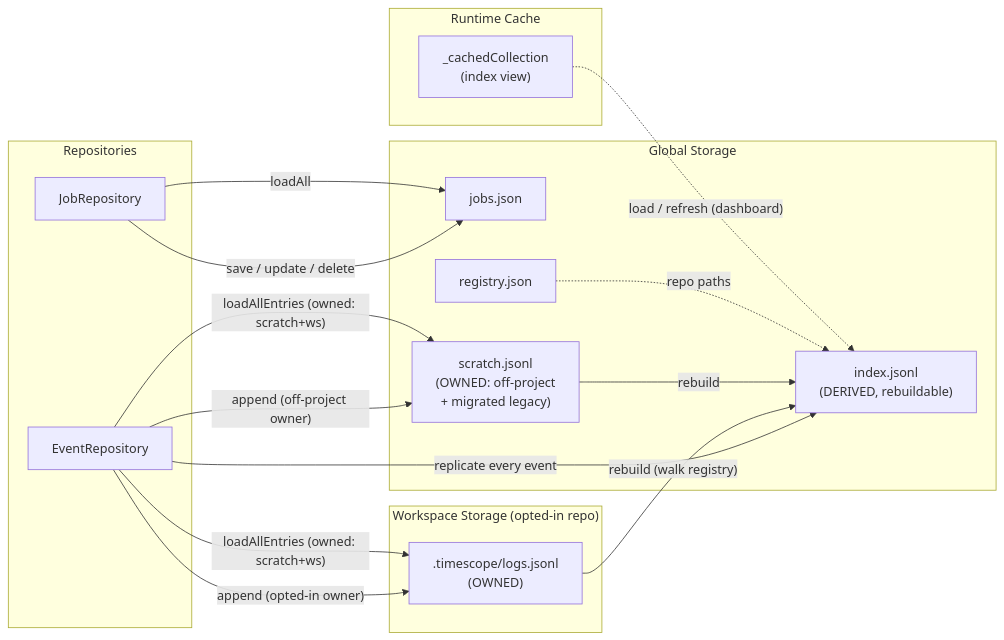
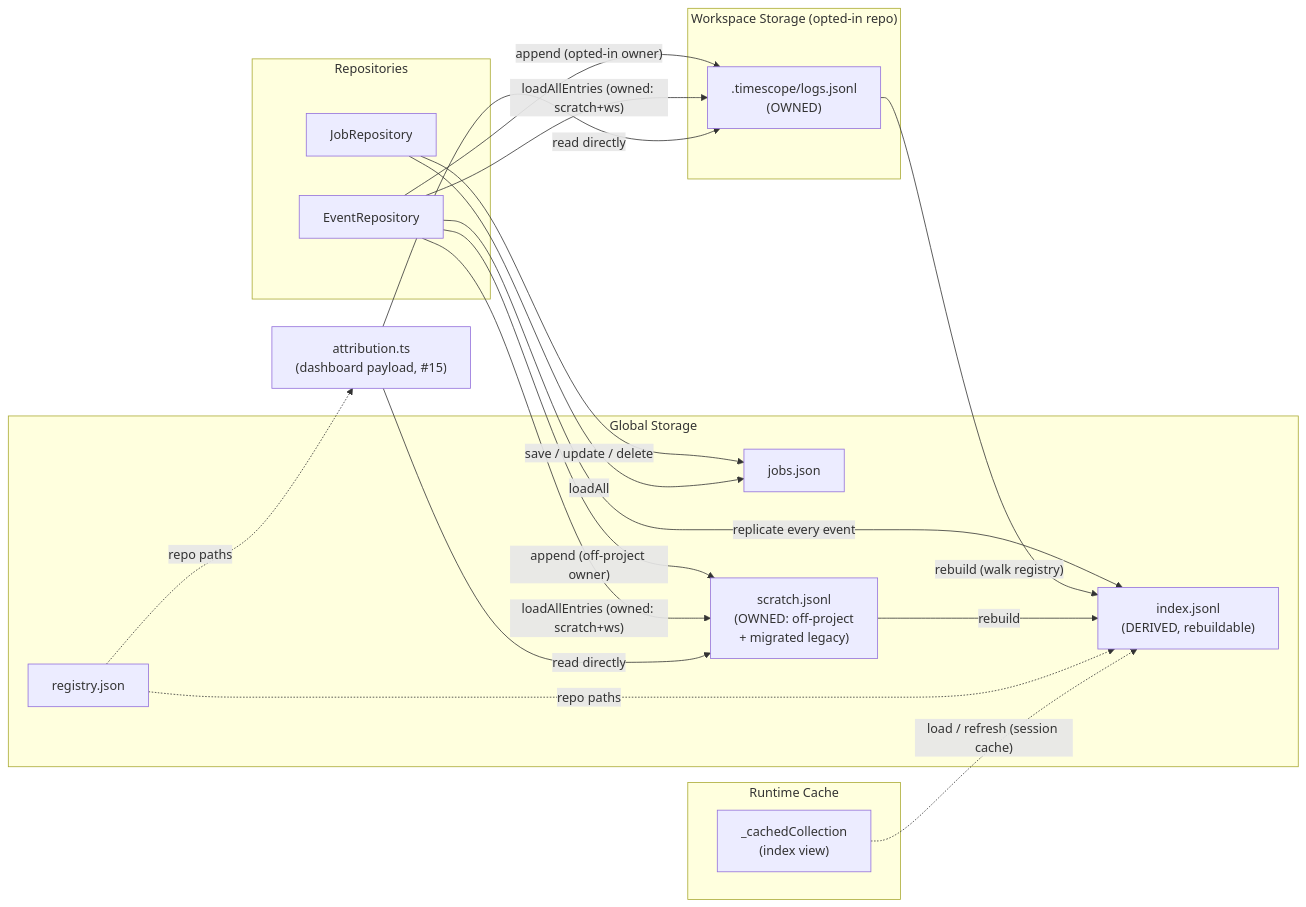
The sixth of 8 diagrams in docs/processes.md (Heliman84/timescope), drawn with Mermaid before and after one commit. The commit also changed other lines of this file and 5 other files, not shown here.

Commit message:
docs(#15): CHANGELOG, processes diagrams, dev-log retrospective, wiki curation

````diff
--- a/docs/processes.md
+++ b/docs/processes.md
@@ -306,34 +318,36 @@
 ```mermaid
 flowchart LR
     subgraph Cache ["Runtime Cache"]
         RC["_cachedCollection<br>(index view)"]
     end
 
     subgraph Repos ["Repositories"]
         ER["EventRepository"]
         JR["JobRepository"]
     end
 
     subgraph Global ["Global Storage"]
         JF["jobs.json"]
         SC["scratch.jsonl<br>(OWNED: off-project<br>+ migrated legacy)"]
         IX["index.jsonl<br>(DERIVED, rebuildable)"]
         RG["registry.json"]
     end
 
     subgraph WS ["Workspace Storage (opted-in repo)"]
         WL[".timescope/logs.jsonl<br>(OWNED)"]
     end
 
     ER -- "append (opted-in owner)" --> WL
     ER -- "append (off-project owner)" --> SC
     ER -- "replicate every event" --> IX
     WL -- "rebuild (walk registry)" --> IX
     SC -- "rebuild" --> IX
     RG -. "repo paths" .-> IX
-    RC -. "load / refresh (dashboard)" .-> IX
+    RC -. "load / refresh (session cache)" .-> IX
     ER -- "loadAllEntries (owned: scratch+ws)" --> SC & WL
+    RG -. "repo paths" .-> ATTR["attribution.ts<br>(dashboard payload, #15)"]
+    ATTR -- "read directly" --> SC & WL
 
     JR -- "save / update / delete" --> JF
     JR -- "loadAll" --> JF
 ```
````
